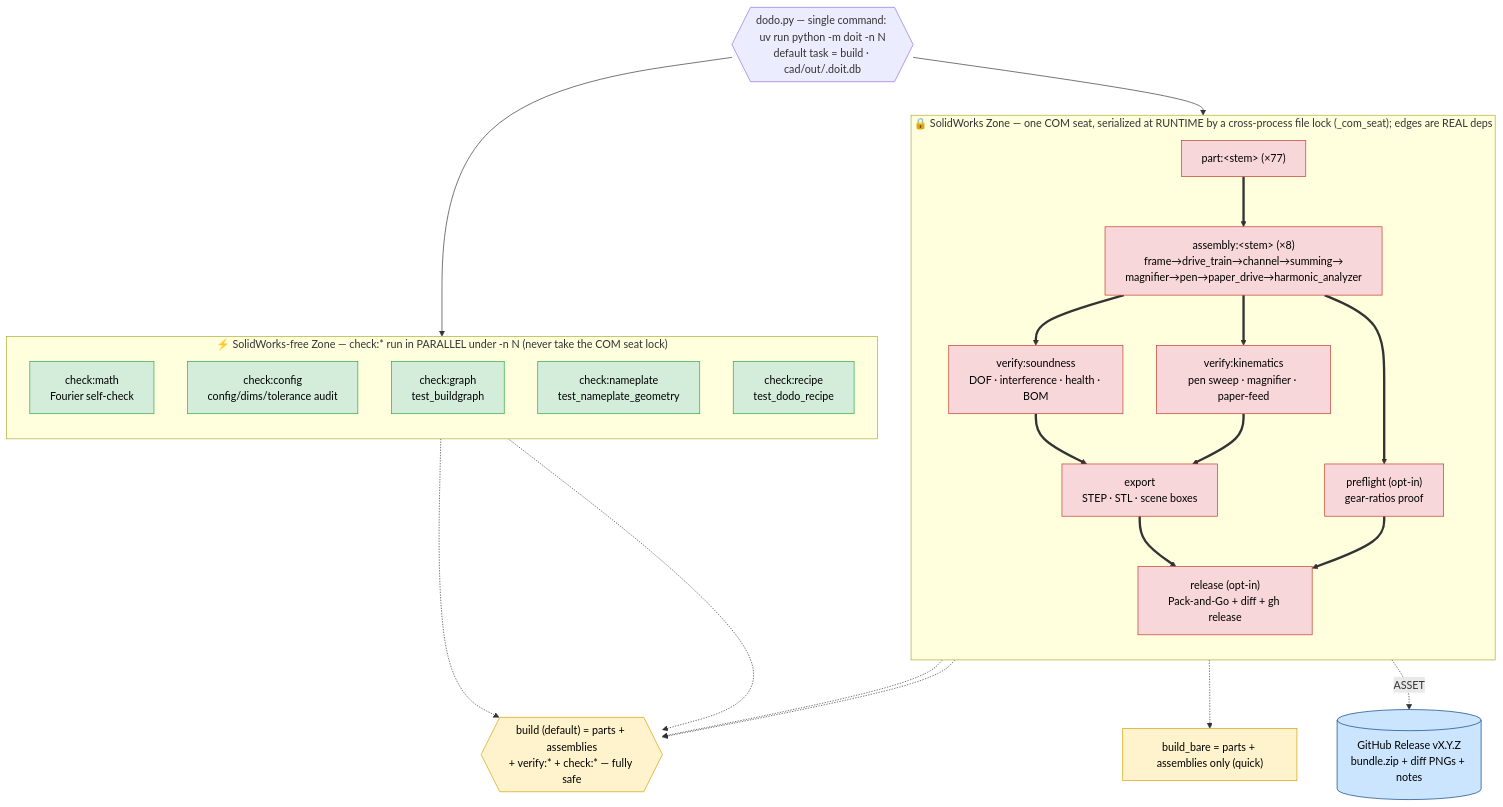
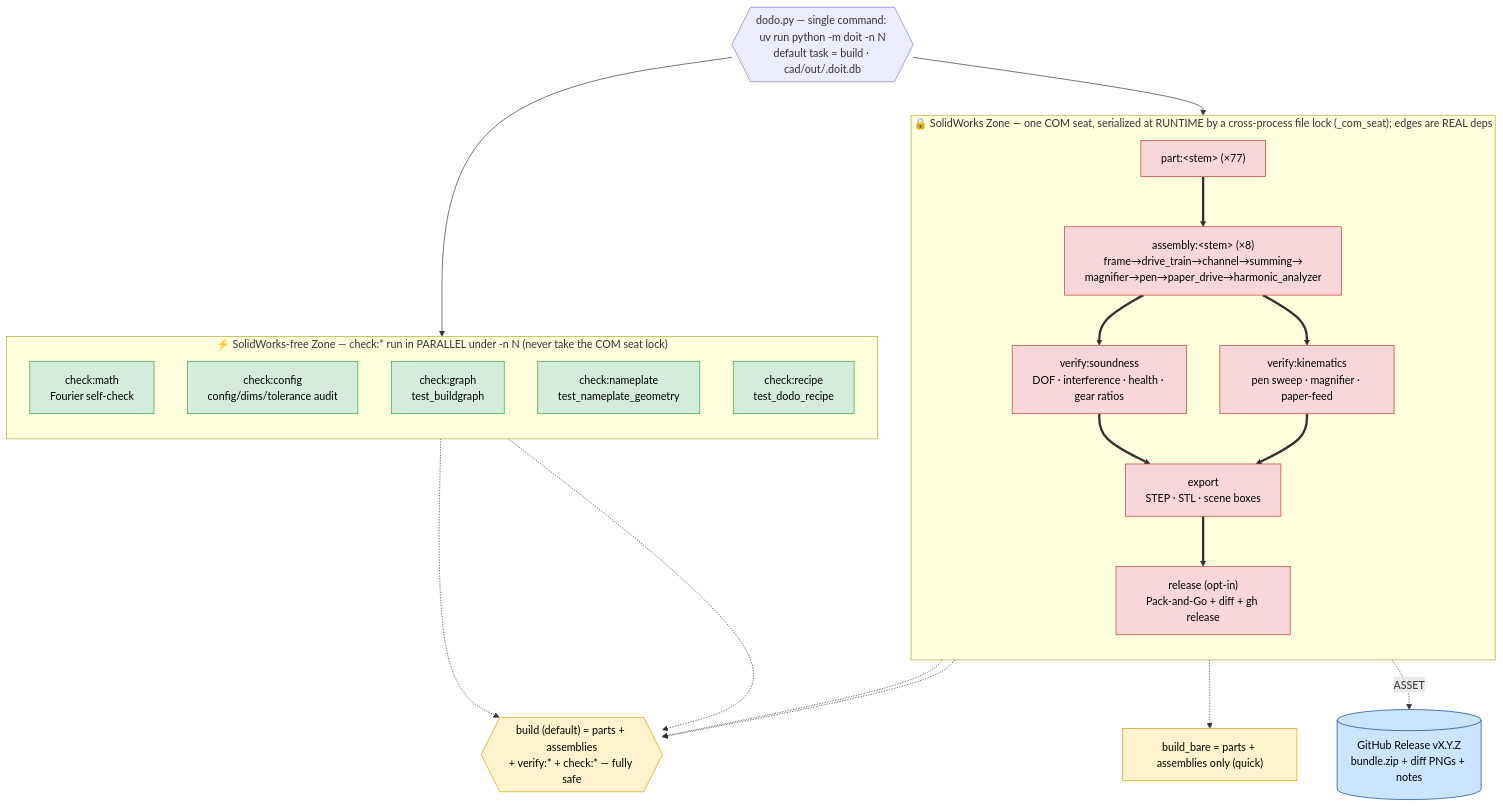
The diagram in cad/docs/pipeline/build_flow_target.mmd (pedropaulovc/harmonic-analyzer), drawn with Mermaid before and after one commit. The commit also changed 3 other files, not shown here.

```diff
--- a/cad/docs/pipeline/build_flow_target.mmd
+++ b/cad/docs/pipeline/build_flow_target.mmd
@@ -1,47 +1,45 @@
 flowchart TD
     DOIT{{"dodo.py — single command: uv run python -m doit -n N<br/>default task = build · cad/out/.doit.db"}}
 
     subgraph COM["🔒 SolidWorks Zone — one COM seat, serialized at RUNTIME by a cross-process file lock (_com_seat); edges are REAL deps"]
         direction TB
         PART["part:&lt;stem&gt; (×77)"] ==> ASM["assembly:&lt;stem&gt; (×8)<br/>frame→drive_train→channel→summing→<br/>magnifier→pen→paper_drive→harmonic_analyzer"]
-        ASM ==> VS["verify:soundness<br/>DOF · interference · health · BOM"]
+        ASM ==> VS["verify:soundness<br/>DOF · interference · health · gear ratios"]
         ASM ==> VKIN["verify:kinematics<br/>pen sweep · magnifier · paper-feed"]
-        ASM ==> PRE["preflight (opt-in)<br/>gear-ratios proof"]
         VS ==> EXP["export<br/>STEP · STL · scene boxes"]
         VKIN ==> EXP
         EXP ==> REL["release (opt-in)<br/>Pack-and-Go + diff + gh release"]
-        PRE ==> REL
     end
 
     DOIT --> PART
 
     subgraph CPU["⚡ SolidWorks-free Zone — check:* run in PARALLEL under -n N (never take the COM seat lock)"]
         direction TB
         CM["check:math<br/>Fourier self-check"]
         CC["check:config<br/>config/dims/tolerance audit"]
         CG["check:graph<br/>test_buildgraph"]
         CN["check:nameplate<br/>test_nameplate_geometry"]
         CR["check:recipe<br/>test_dodo_recipe"]
     end
 
     DOIT --> CM
 
     %% build = every part + assembly + every gate (the one safe entry)
     BUILD{{"build (default) = parts + assemblies<br/>+ verify:* + check:* — fully safe"}}
     ASM -.-> BUILD
     VKIN -.-> BUILD
     CM -.-> BUILD
     CR -.-> BUILD
     BBARE["build_bare = parts + assemblies only (quick)"]
     ASM -.-> BBARE
 
     REL -.->|ASSET| OUT[("GitHub Release vX.Y.Z<br/>bundle.zip + diff PNGs + notes")]
 
     classDef gate fill:#fff3cd,stroke:#d39e00,color:#000;
     classDef serial fill:#f8d7da,stroke:#c0392b,color:#000;
     classDef par fill:#d4edda,stroke:#28a745,color:#000;
     classDef asset fill:#cce5ff,stroke:#004085,color:#000;
     class BUILD,BBARE gate;
     class PART,ASM,VS,VKIN,PRE,EXP,REL serial;
     class CM,CC,CG,CN,CR par;
     class OUT asset;
```
